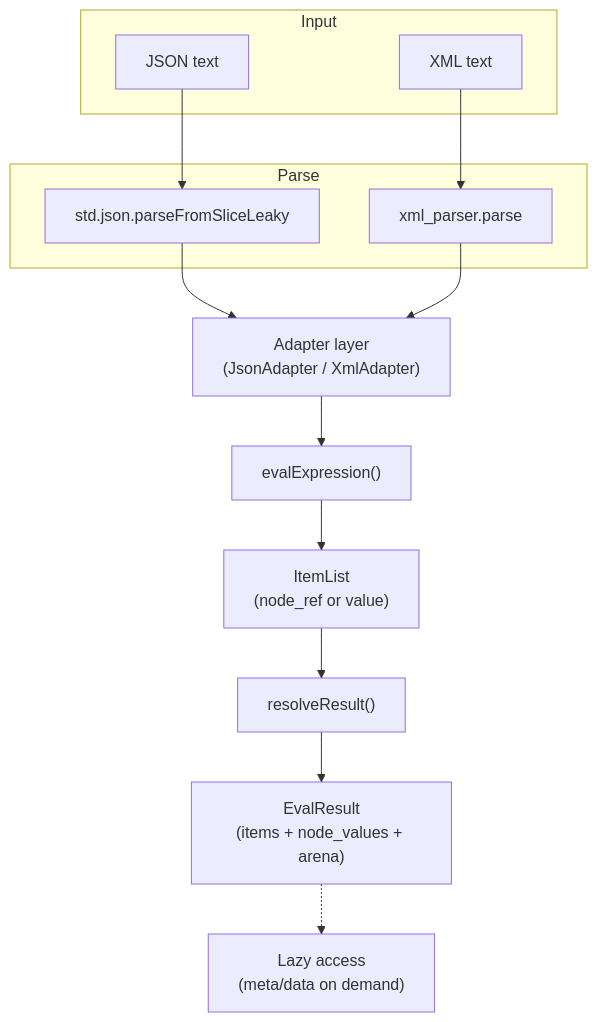
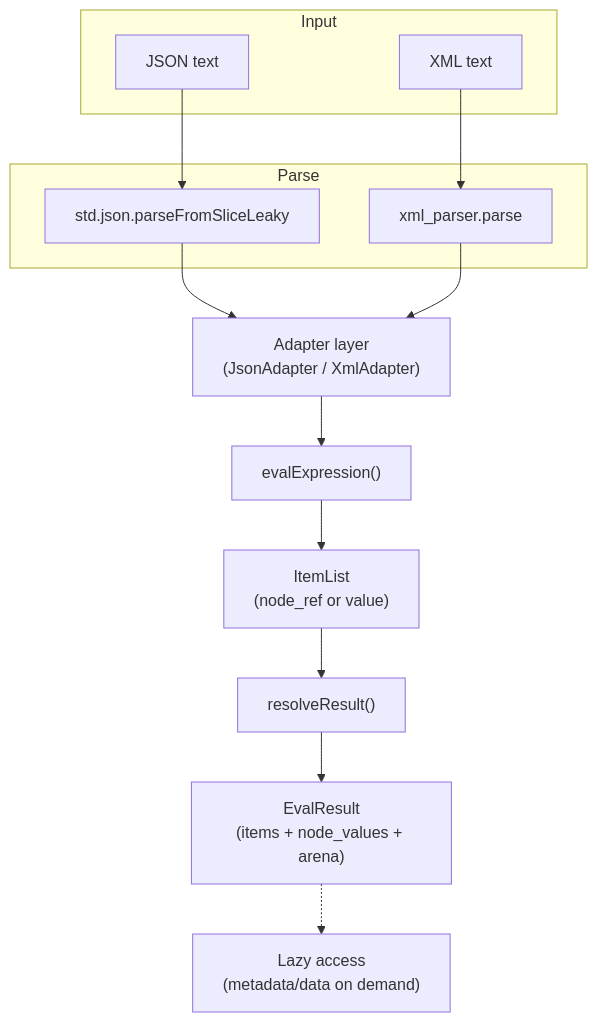
Before and after one commit to jmandel/fhirpath.zig: the first of 3 diagrams in design.md, drawn with Mermaid.

Commit message:
docs: use metadata term in diagram

````diff
--- a/design.md
+++ b/design.md
@@ -137,26 +137,26 @@
 ```mermaid
 flowchart TB
   subgraph Input
     JsonText["JSON text"]
     XmlText["XML text"]
   end
 
   subgraph Parse
     JsonParse["std.json.parseFromSliceLeaky"]
     XmlParse["xml_parser.parse"]
   end
 
   Adapter["Adapter layer<br/>(JsonAdapter / XmlAdapter)"]
   Eval["evalExpression()"]
   Items["ItemList<br/>(node_ref or value)"]
   Resolve["resolveResult()"]
   Result["EvalResult<br/>(items + node_values + arena)"]
-  Access["Lazy access<br/>(meta/data on demand)"]
+  Access["Lazy access<br/>(metadata/data on demand)"]
 
   JsonText --> JsonParse
   XmlText --> XmlParse
   JsonParse --> Adapter
   XmlParse --> Adapter
   Adapter --> Eval --> Items --> Resolve --> Result
   Result -.-> Access
 ```
````
